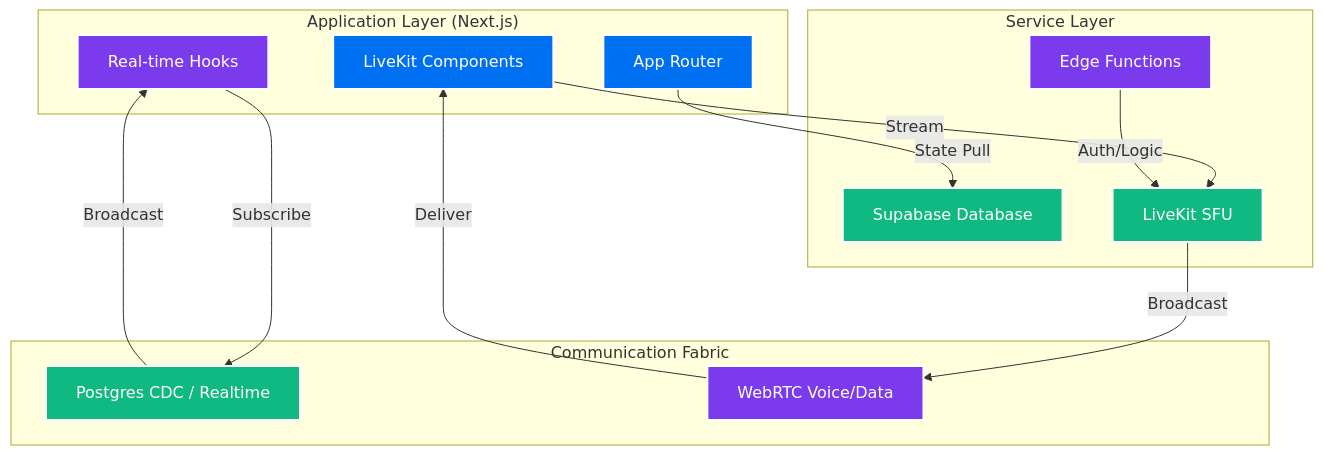
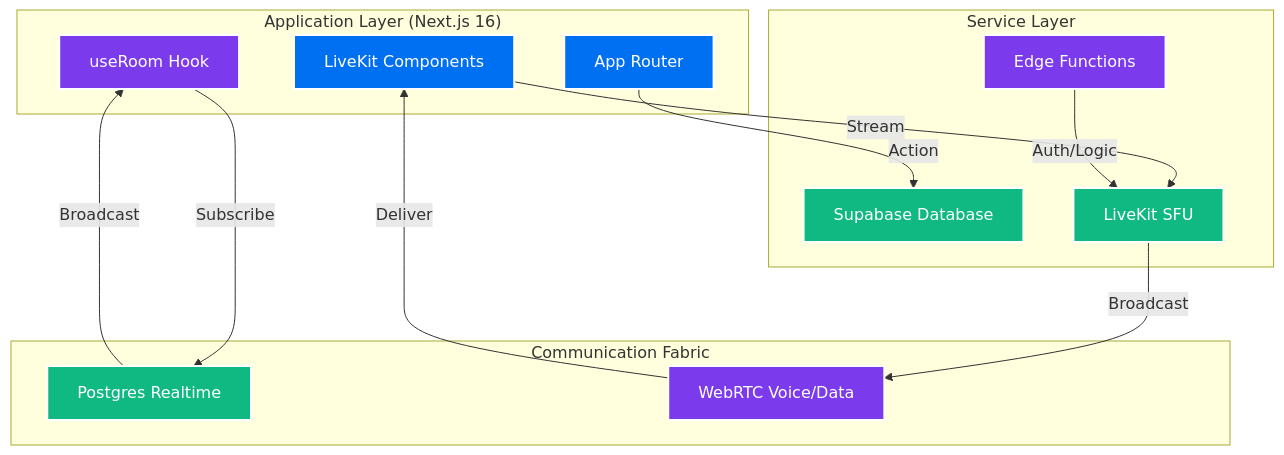
The first of 4 diagrams in README.md (MarkeloPuangpoo/loodpak), drawn with Mermaid before and after one commit. The commit also changed other lines of this file and 12 other files, not shown here.

````diff
--- a/README.md
+++ b/README.md
@@ -87,31 +39,31 @@
 ```mermaid
 graph TD
     classDef frontend fill:#0070f3,stroke:#fff,stroke-width:2px,color:#fff;
     classDef logic fill:#7c3aed,stroke:#fff,stroke-width:2px,color:#fff;
     classDef infrastructure fill:#10b981,stroke:#fff,stroke-width:2px,color:#fff;
 
-    subgraph "Application Layer (Next.js)"
+    subgraph "Application Layer (Next.js 16)"
         A[App Router]:::frontend
-        B[Real-time Hooks]:::logic
+        B[useRoom Hook]:::logic
         C[LiveKit Components]:::frontend
     end
     
     subgraph "Service Layer"
         D[Supabase Database]:::infrastructure
         E[LiveKit SFU]:::infrastructure
         F[Edge Functions]:::logic
     end
     
     subgraph "Communication Fabric"
-        G[Postgres CDC / Realtime]:::infrastructure
+        G[Postgres Realtime]:::infrastructure
         H[WebRTC Voice/Data]:::logic
     end
     
-    A -->|State Pull| D
+    A -->|Action| D
     B -->|Subscribe| G
     G -->|Broadcast| B
     C -->|Stream| E
     E -->|Broadcast| H
     H -->|Deliver| C
     F -->|Auth/Logic| E
 ```
````
